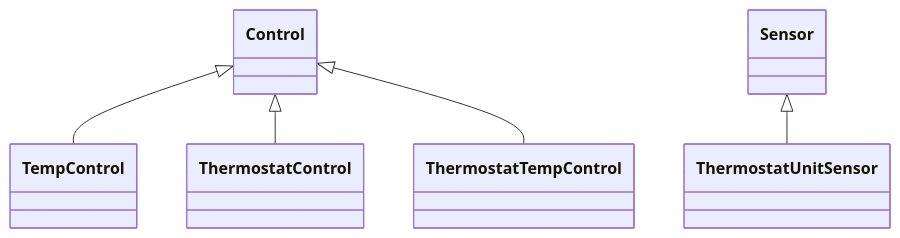
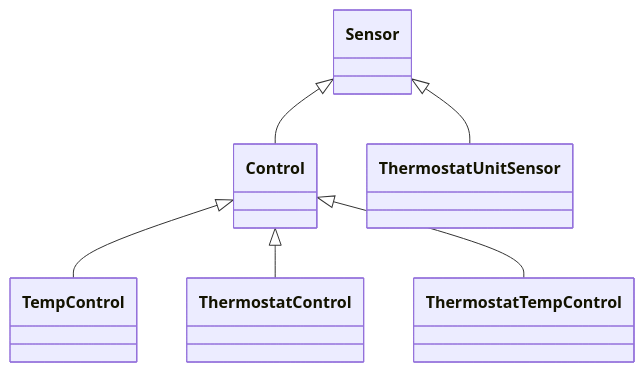
Before and after one commit to jbuehl/homealone: the sixth of 7 diagrams in docs/README.resources.md, drawn with Mermaid. The commit also changed other lines of this file and 1 other file, not shown here.

````diff
--- a/docs/README.resources.md
+++ b/docs/README.resources.md
@@ -89,7 +113,8 @@
 ```mermaid
 classDiagram
-	Control <|-- TempControl
-	Control <|-- ThermostatControl
-	Sensor <|-- ThermostatUnitSensor
-	Control <|-- ThermostatTempControl
+    Sensor <|-- Control
+    Control <|-- TempControl
+    Control <|-- ThermostatControl
+    Sensor <|-- ThermostatUnitSensor
+    Control <|-- ThermostatTempControl
 ```
````
